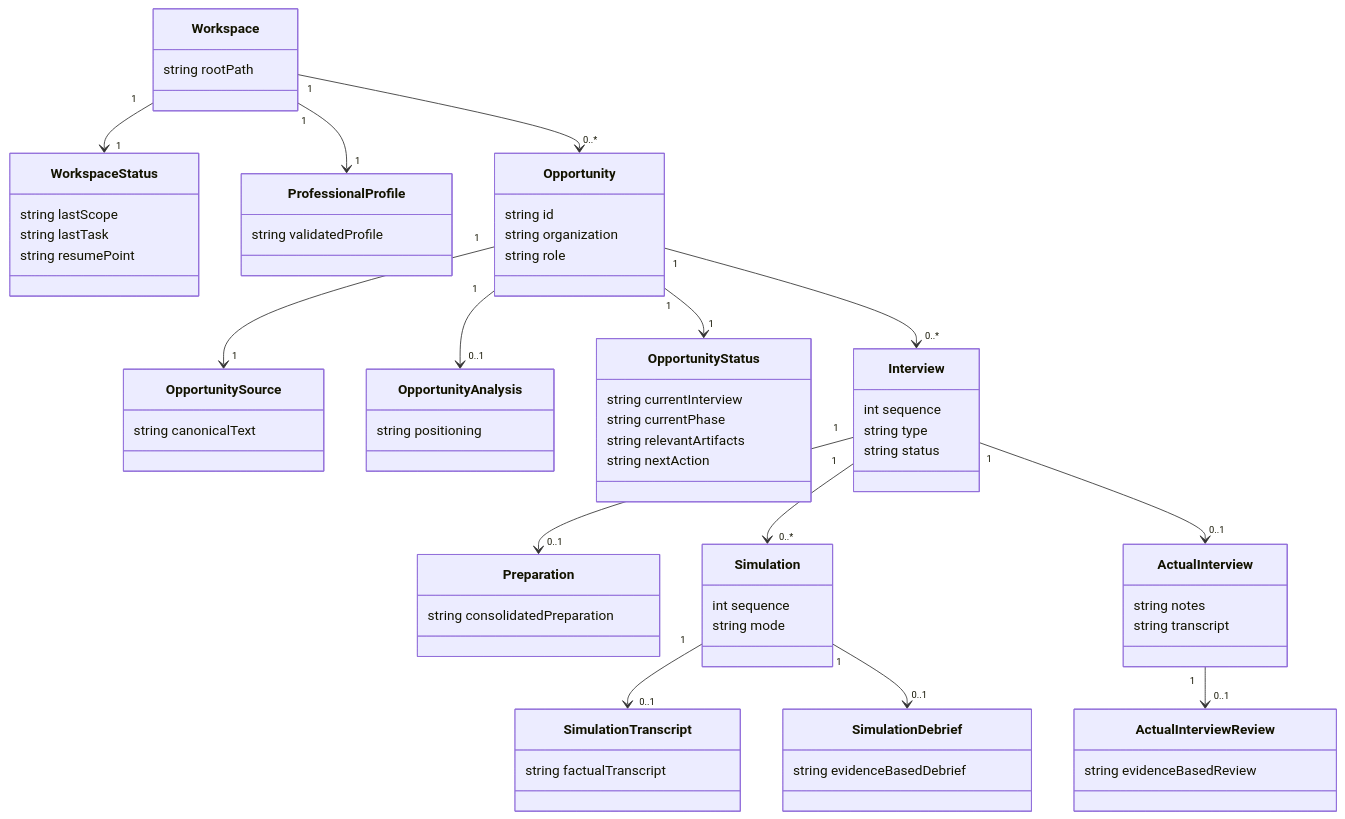
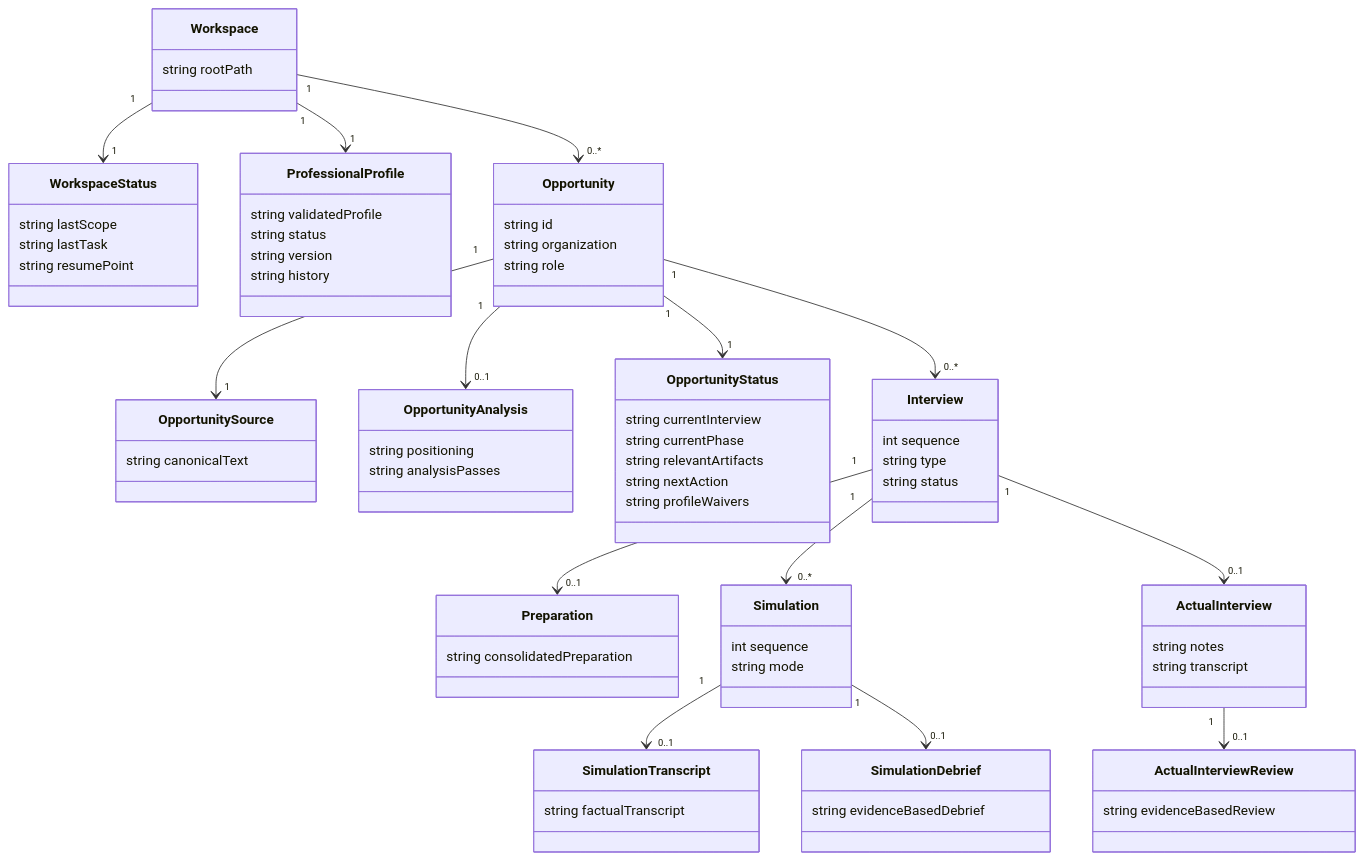
Before and after one commit to JeromeJ77/career-ai-toolkit: the first of 2 diagrams in docs/design/01-career-ai-toolkit-workflow-design.md, drawn with Mermaid. The commit also changed other lines of this file and 18 other files, not shown here.

First line of the commit message:
fix(coach): apply review corrections to profile status and waivers

```diff
--- a/docs/design/01-career-ai-toolkit-workflow-design.md
+++ b/docs/design/01-career-ai-toolkit-workflow-design.md
@@ -89,6 +89,9 @@
 
     class ProfessionalProfile {
         string validatedProfile
+        string status
+        string version
+        string history
     }
 
     class Opportunity {
@@ -103,6 +106,7 @@
 
     class OpportunityAnalysis {
         string positioning
+        string analysisPasses
     }
 
     class OpportunityStatus {
@@ -110,6 +114,7 @@
         string currentPhase
         string relevantArtifacts
         string nextAction
+        string profileWaivers
     }
 
     class Interview {
```
